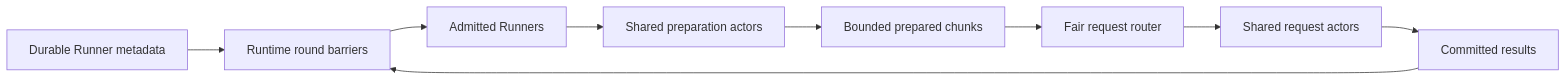
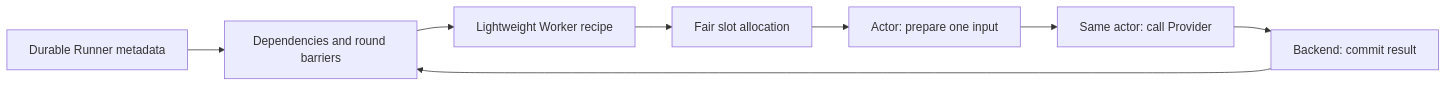
The third of 3 diagrams in docs/runtime.md (BeckWlim/llmperf-orchestrator), drawn with Mermaid before and after one commit. The commit also changed other lines of this file and 58 other files, not shown here.

Commit message:
feat: add actor-side input preparation and family recall workloads

````diff
--- a/docs/runtime.md
+++ b/docs/runtime.md
@@ -239,11 +358,10 @@
 ```mermaid
 flowchart LR
-    M[Durable Runner metadata] --> C[Runtime round barriers]
-    C --> W[Admitted Runners]
-    W --> P[Shared preparation actors]
-    P --> B[Bounded prepared chunks]
-    B --> Q[Fair request router]
-    Q --> A[Shared request actors]
-    A --> R[Committed results]
+    M[Durable Runner metadata] --> C[Dependencies and round barriers]
+    C --> W[Lightweight Worker recipe]
+    W --> Q[Fair slot allocation]
+    Q --> P[Actor: prepare one input]
+    P --> A[Same actor: call Provider]
+    A --> R[Backend: commit result]
     R --> C
 ```
````
